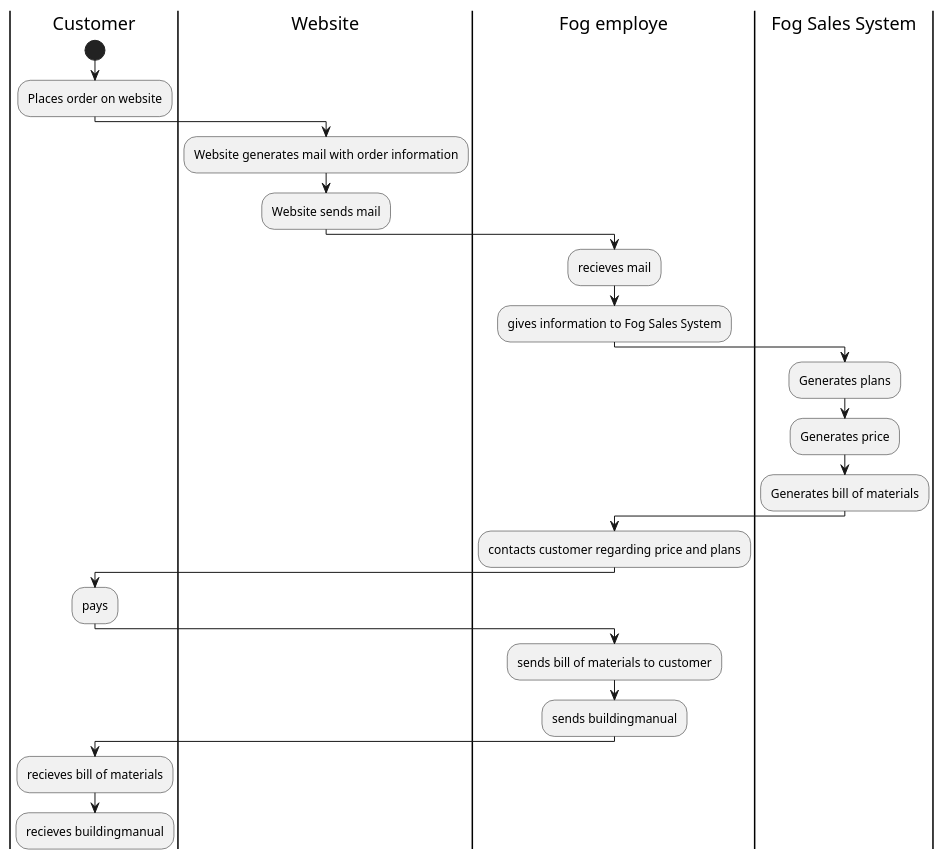
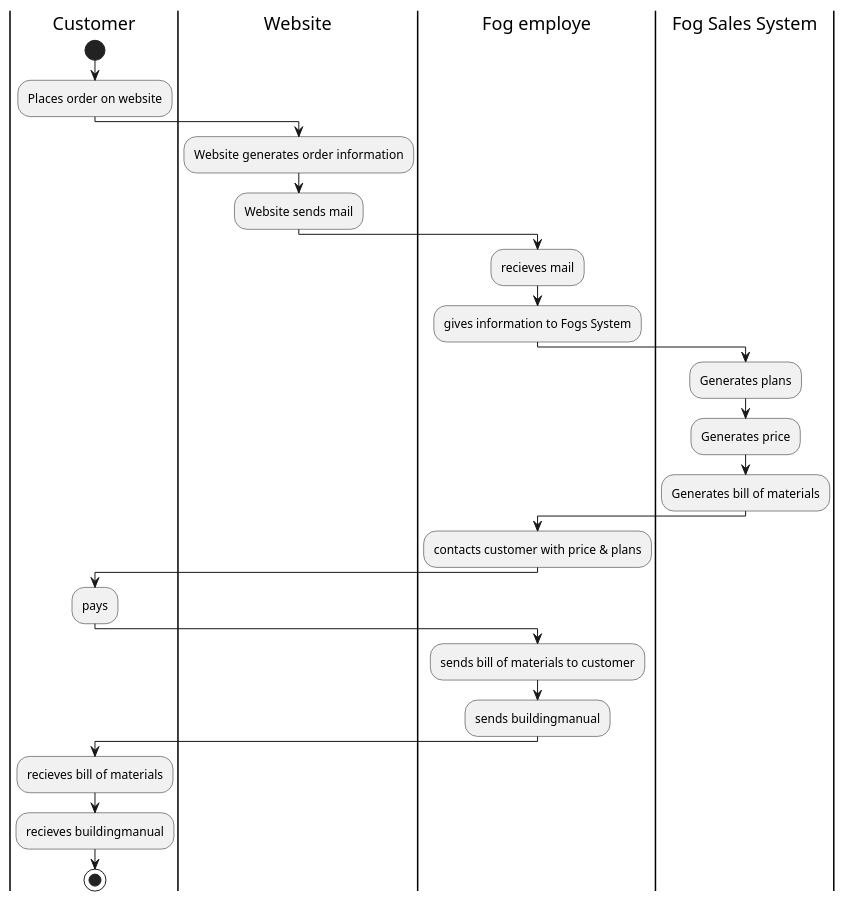
One commit to EmmsDK/Fog-projekt changed the diagram in src/main/resources/ActivityDiagramAsIs.puml. Above: the diagram before and after it, drawn with PlantUML. The commit also changed 2 other files, not shown here.

Commit message:
activitydiagram

```diff
--- a/src/main/resources/ActivityDiagramAsIs.puml
+++ b/src/main/resources/ActivityDiagramAsIs.puml
@@ -1,28 +1,29 @@
 @startuml
 'https://plantuml.com/activity-diagram-beta
 
 |Customer|
 start
 :Places order on website;
 |Website|
-:Website generates mail with order information;
+:Website generates order information;
 :Website sends mail;
 |Fog employe|
 :recieves mail;
-:gives information to Fog Sales System;
+:gives information to Fogs System;
 |Fog Sales System|
 :Generates plans;
 :Generates price;
 :Generates bill of materials;
 |Fog employe|
-:contacts customer regarding price and plans;
+:contacts customer with price & plans;
 |Customer|
 :pays;
 |Fog employe|
 :sends bill of materials to customer;
 :sends buildingmanual;
 |Customer|
 :recieves bill of materials;
 :recieves buildingmanual;
+stop
 
 @enduml
```
